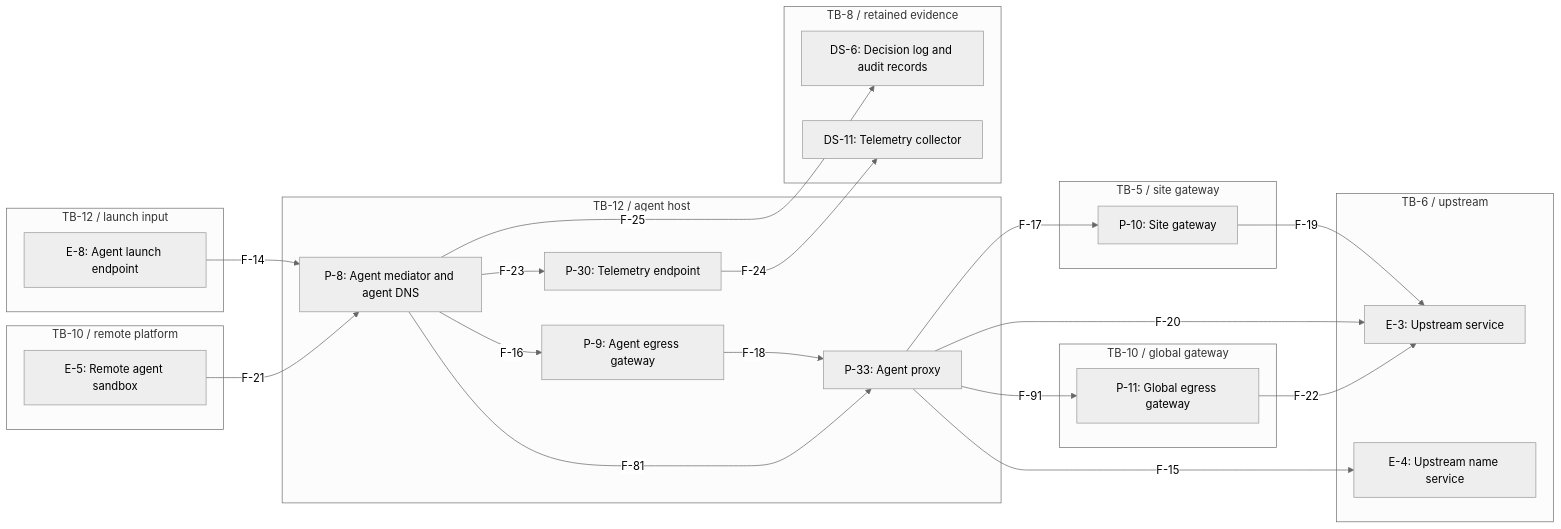
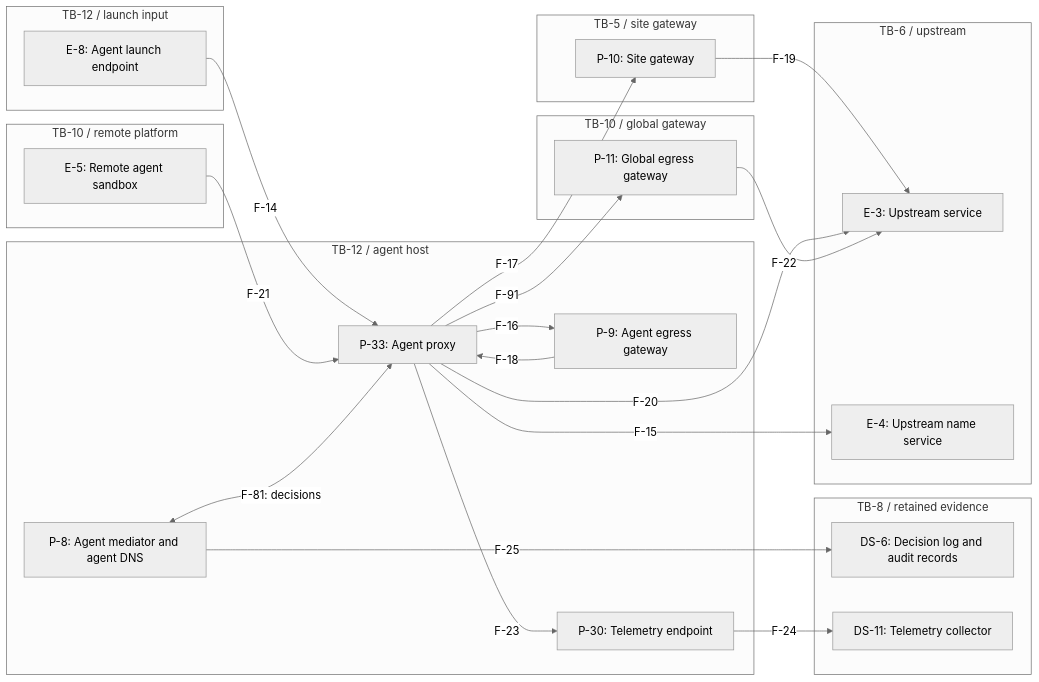
One commit to tbhb-dev/afakt changed the third of 16 diagrams in docs/agent-threat-model.md. Above: the diagram before and after it, drawn with Mermaid (neutral theme). The commit also changed other lines of this file and 96 other files, not shown here.

````diff
--- a/docs/agent-threat-model.md
+++ b/docs/agent-threat-model.md
@@ -213,43 +213,43 @@
 ```mermaid
 flowchart LR
     subgraph z0["TB-12 / launch input"]
         E-8["E-8: Agent launch endpoint"]
     end
     subgraph z1["TB-12 / agent host"]
         P-8["P-8: Agent mediator and agent DNS"]
         P-33["P-33: Agent proxy"]
         P-9["P-9: Agent egress gateway"]
         P-30["P-30: Telemetry endpoint"]
     end
     subgraph z2["TB-5 / site gateway"]
         P-10["P-10: Site gateway"]
     end
     subgraph z3["TB-10 / remote platform"]
         E-5["E-5: Remote agent sandbox"]
     end
     subgraph z4["TB-10 / global gateway"]
         P-11["P-11: Global egress gateway"]
     end
     subgraph z5["TB-6 / upstream"]
         E-3["E-3: Upstream service"]
         E-4["E-4: Upstream name service"]
     end
     subgraph z6["TB-8 / retained evidence"]
         DS-6["DS-6: Decision log and audit records"]
         DS-11["DS-11: Telemetry collector"]
     end
-    E-8 -->|"F-14"| P-8
+    E-8 -->|"F-14"| P-33
     P-33 -->|"F-15"| E-4
-    P-8 -->|"F-16"| P-9
+    P-33 -->|"F-16"| P-9
     P-33 -->|"F-17"| P-10
     P-9 -->|"F-18"| P-33
     P-10 -->|"F-19"| E-3
     P-33 -->|"F-20"| E-3
-    E-5 -->|"F-21"| P-8
-    P-8 -->|"F-81"| P-33
+    E-5 -->|"F-21"| P-33
+    P-8 <-->|"F-81: decisions"| P-33
     P-33 -->|"F-91"| P-11
     P-11 -->|"F-22"| E-3
-    P-8 -->|"F-23"| P-30
+    P-33 -->|"F-23"| P-30
     P-30 -->|"F-24"| DS-11
     P-8 -->|"F-25"| DS-6
 ```
````
